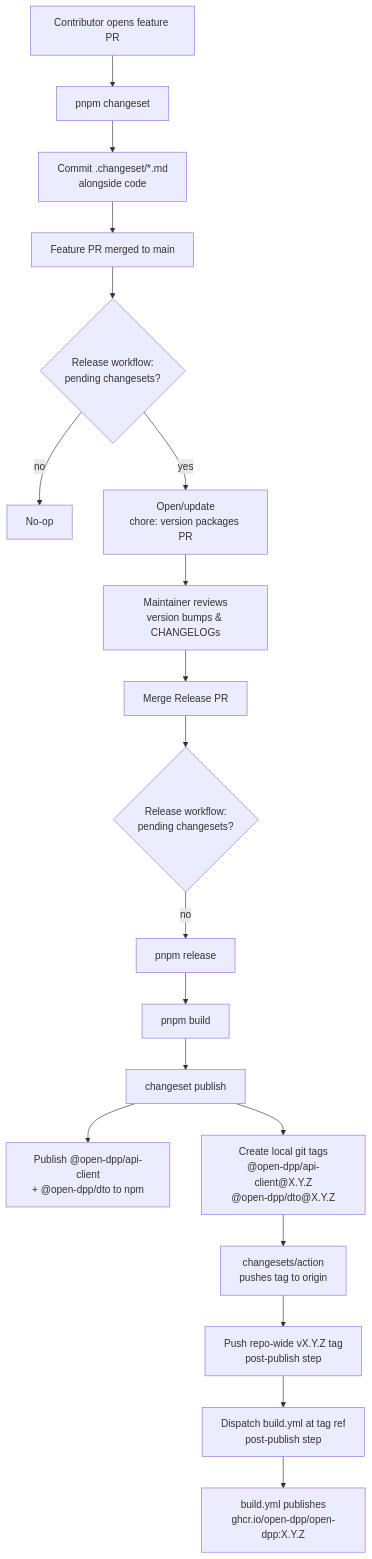
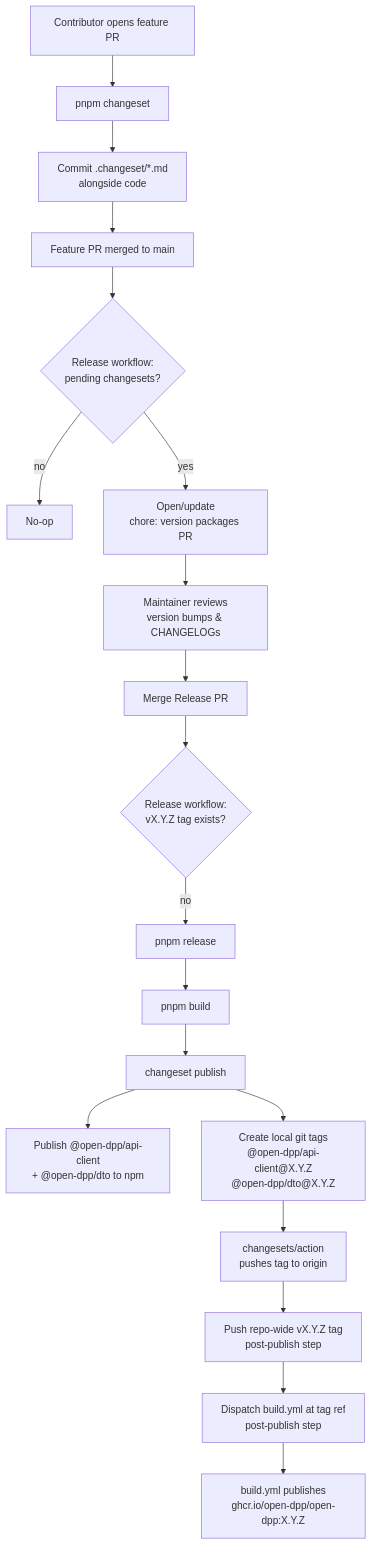
Before and after one commit to open-dpp/open-dpp: the first of 2 diagrams in RELEASING.md, drawn with Mermaid. The commit also changed other lines of this file and 7 other files, not shown here.

````diff
--- a/RELEASING.md
+++ b/RELEASING.md
@@ -17,21 +17,21 @@
 ```mermaid
 flowchart TD
     A[Contributor opens feature PR] --> B[pnpm changeset]
     B --> C[Commit .changeset/*.md<br/>alongside code]
     C --> D[Feature PR merged to main]
     D --> E{Release workflow:<br/>pending changesets?}
     E -- no --> Z[No-op]
     E -- yes --> F[Open/update<br/>chore: version packages PR]
     F --> G[Maintainer reviews<br/>version bumps & CHANGELOGs]
     G --> H[Merge Release PR]
-    H --> I{Release workflow:<br/>pending changesets?}
+    H --> I{Release workflow:<br/>vX.Y.Z tag exists?}
     I -- no --> J[pnpm release]
     J --> K[pnpm build]
     K --> L[changeset publish]
     L --> M[Publish @open-dpp/api-client<br/>+ @open-dpp/dto to npm]
     L --> N[Create local git tags<br/>@open-dpp/api-client@X.Y.Z<br/>@open-dpp/dto@X.Y.Z]
     N --> O[changesets/action<br/>pushes tag to origin]
     O --> P[Push repo-wide vX.Y.Z tag<br/>post-publish step]
     P --> Q[Dispatch build.yml at tag ref<br/>post-publish step]
     Q --> R[build.yml publishes<br/>ghcr.io/open-dpp/open-dpp:X.Y.Z]
 ```
````
